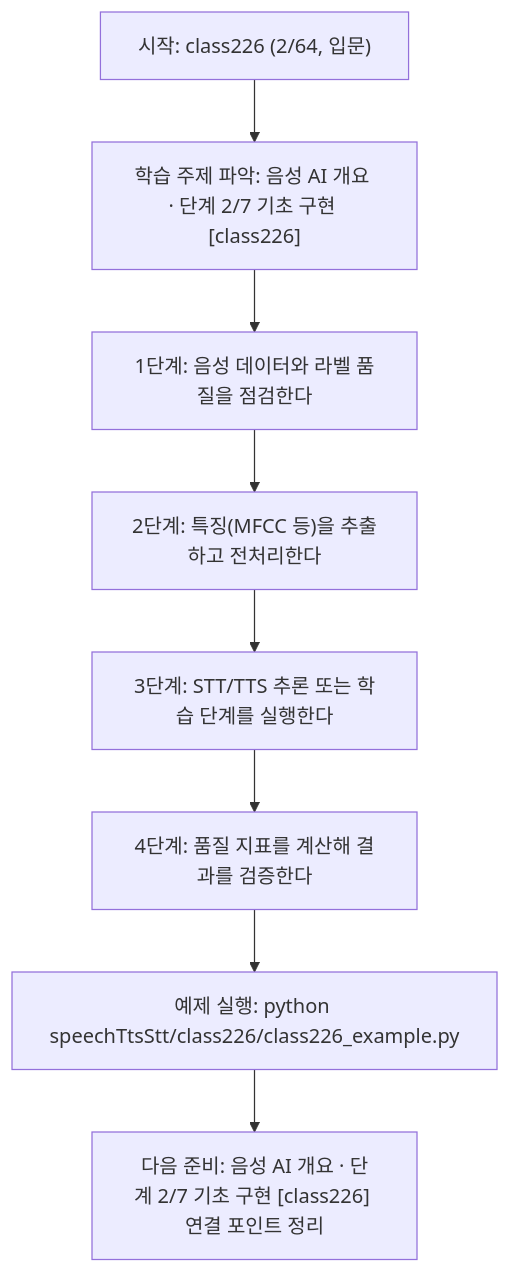
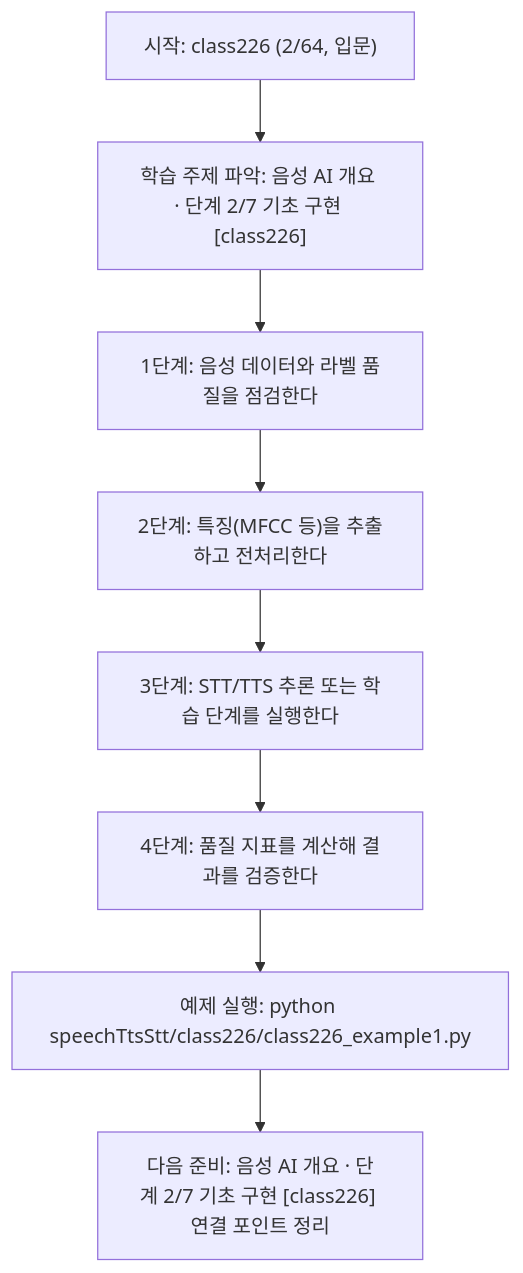
Before and after one commit to edumgt/Python-AI_Agent-Class: the diagram in speechTtsStt/class226/class226.md, drawn with Mermaid. The commit also changed other lines of this file and 2959 other files, not shown here.

````diff
--- a/speechTtsStt/class226/class226.md
+++ b/speechTtsStt/class226/class226.md
@@ -114,18 +114,18 @@
 ```mermaid
 flowchart TD
 N1["시작: class226 (2/64, 입문)"]
 N2["학습 주제 파악: 음성 AI 개요 · 단계 2/7 기초 구현 [class226]"]
 N3["1단계: 음성 데이터와 라벨 품질을 점검한다"]
 N4["2단계: 특징(MFCC 등)을 추출하고 전처리한다"]
 N5["3단계: STT/TTS 추론 또는 학습 단계를 실행한다"]
 N6["4단계: 품질 지표를 계산해 결과를 검증한다"]
-N7["예제 실행: python speechTtsStt/class226/class226_example.py"]
+N7["예제 실행: python speechTtsStt/class226/class226_example1.py"]
 N8["다음 준비: 음성 AI 개요 · 단계 2/7 기초 구현 [class226] 연결 포인트 정리"]
 N1 --> N2
 N2 --> N3
 N3 --> N4
 N4 --> N5
 N5 --> N6
 N6 --> N7
 N7 --> N8
 ```
````
